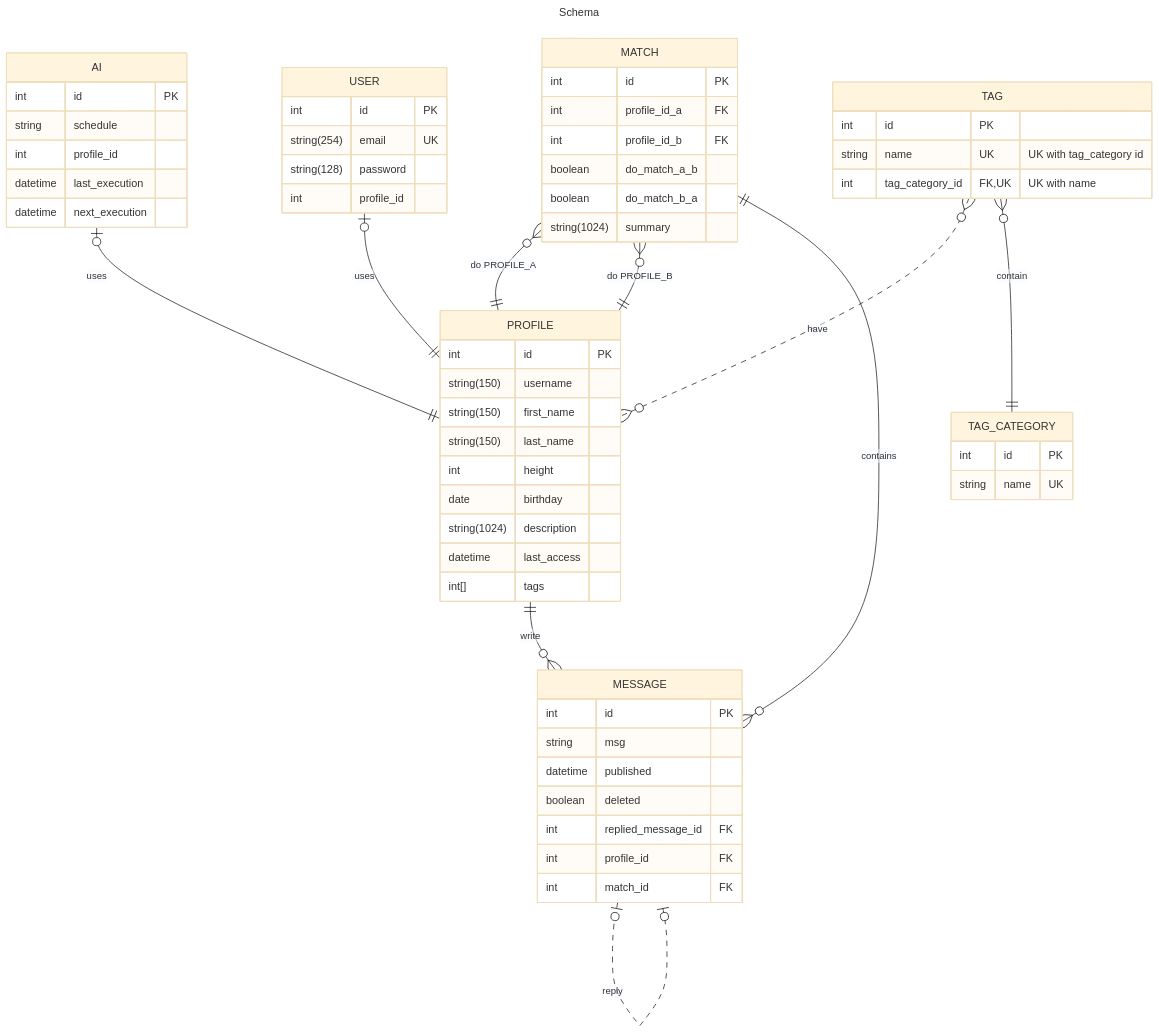
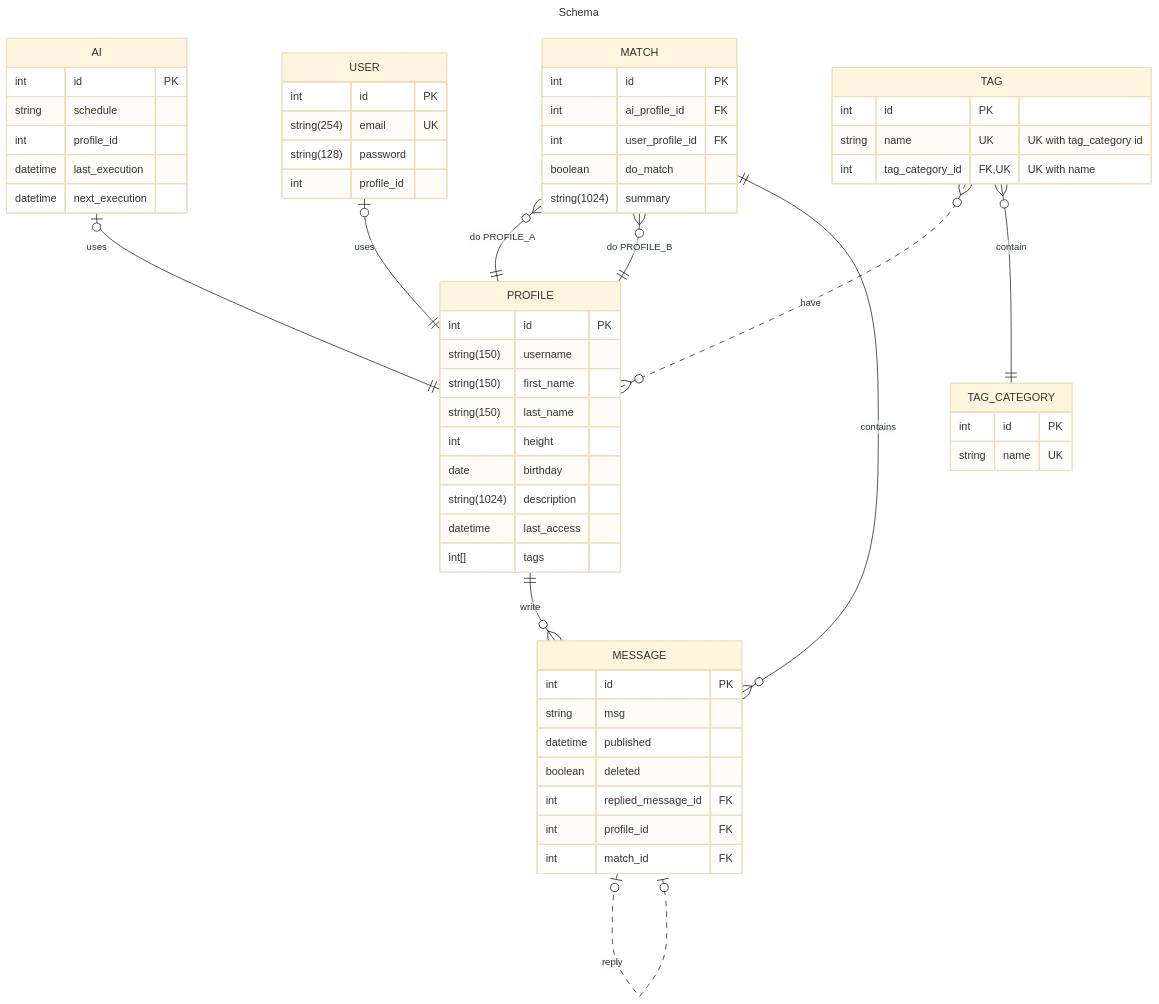
The diagram in docs/schema.md (MaribelSR/tAInder), drawn with Mermaid (base theme) before and after one commit. The commit also changed 4 other files, not shown here.

First line of the commit message:
Fix "ai_profile" & "user_profile".

````diff
--- a/docs/schema.md
+++ b/docs/schema.md
@@ -1,72 +1,73 @@
 ```mermaid
 ---
 title: Schema
 ---
 erDiagram
     PROFILE ||--o{ MESSAGE : write
     MESSAGE |o..o| MESSAGE : reply
     AI |o--|| PROFILE : uses
     USER |o--|| PROFILE : uses
+    %%Supongo que no hay que poner diferencia de perfiles, yo solamente pondria match y profile, AI siempre sera match a no ser que programemos que no%%
     MATCH }o--|| PROFILE : "do PROFILE_A"
     MATCH }o--|| PROFILE : "do PROFILE_B"
     MATCH ||--o{ MESSAGE : contains
     TAG }o..o{ PROFILE : have
     TAG }o--|| TAG_CATEGORY : contain
 
     PROFILE {
         int id PK
         string(150) username
         string(150) first_name
         string(150) last_name
         int height
         date birthday
         string(1024) description
         datetime last_access
         int[] tags
     }
 
     USER {
         int id PK
         string(254) email UK
         string(128) password
         int profile_id
     }
 
     AI {
         int id PK
         string schedule
         int profile_id
         datetime last_execution
         datetime next_execution
     }
 
     MATCH {
         int id PK
-        int profile_id_a FK
-        int profile_id_b FK
-        boolean do_match_a_b
-        boolean do_match_b_a
+        int ai_profile_id FK
+        int user_profile_id FK
+     %%He quitado el boolean do_match diferencia por perfiles.%%
+        boolean do_match
         string(1024) summary
     }
 
     MESSAGE {
         int id PK
         string msg
         datetime published
         boolean deleted
         int replied_message_id FK
         int profile_id FK
         int match_id FK
     }
 
     TAG {
         int id PK
         string name UK "UK with tag_category id"
         int tag_category_id FK,UK "UK with name"
     }
 
     TAG_CATEGORY {
         int id PK
         string name UK
     }
 ```
````
